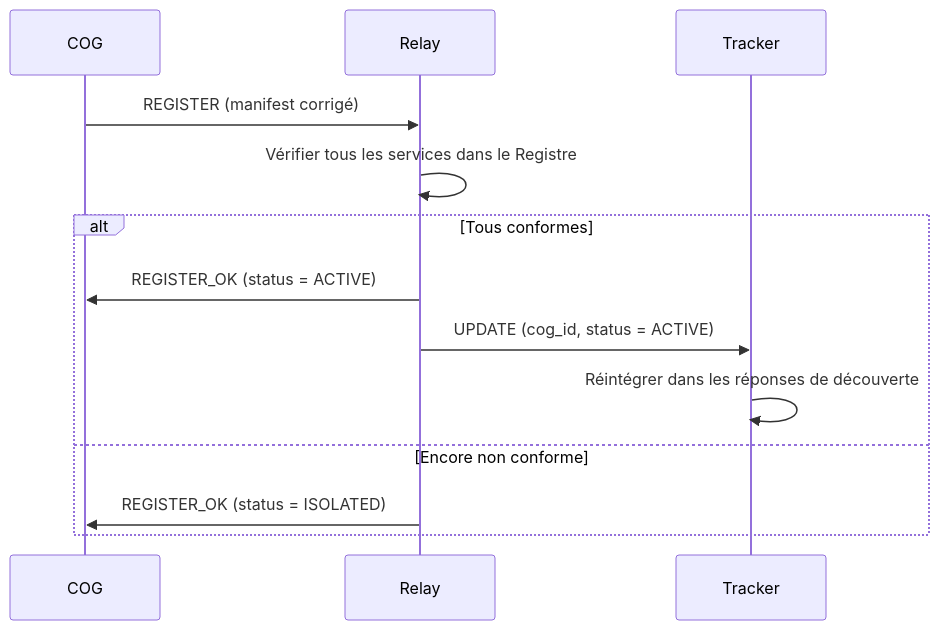
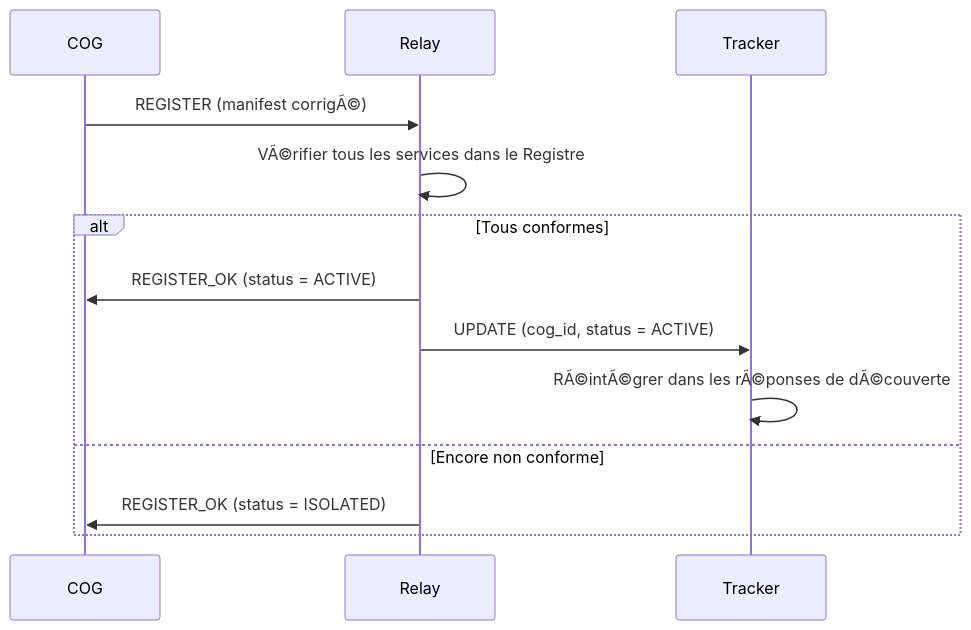
One commit to StudioMiyukini/miyukini_cog changed the fourth of 4 diagrams in docs/miyukini-webway-system/securite/MWS - Registre de Services et Isolation.md. Above: the diagram before and after it, drawn with Mermaid. The commit also changed other lines of this file and 1287 other files, not shown here.

````diff
--- a/docs/miyukini-webway-system/securite/MWS - Registre de Services et Isolation.md
+++ b/docs/miyukini-webway-system/securite/MWS - Registre de Services et Isolation.md
@@ -235,16 +235,16 @@
 ```mermaid
 sequenceDiagram
     participant COG as COG
     participant R as Relay
     participant T as Tracker
 
-    COG->>R: REGISTER (manifest corrigé)
-    R->>R: Vérifier tous les services dans le Registre
+    COG->>R: REGISTER (manifest corrigÃ©)
+    R->>R: VÃ©rifier tous les services dans le Registre
     alt Tous conformes
         R->>COG: REGISTER_OK (status = ACTIVE)
         R->>T: UPDATE (cog_id, status = ACTIVE)
-        T->>T: Réintégrer dans les réponses de découverte
+        T->>T: RÃ©intÃ©grer dans les rÃ©ponses de dÃ©couverte
     else Encore non conforme
         R->>COG: REGISTER_OK (status = ISOLATED)
     end
 ```
````
